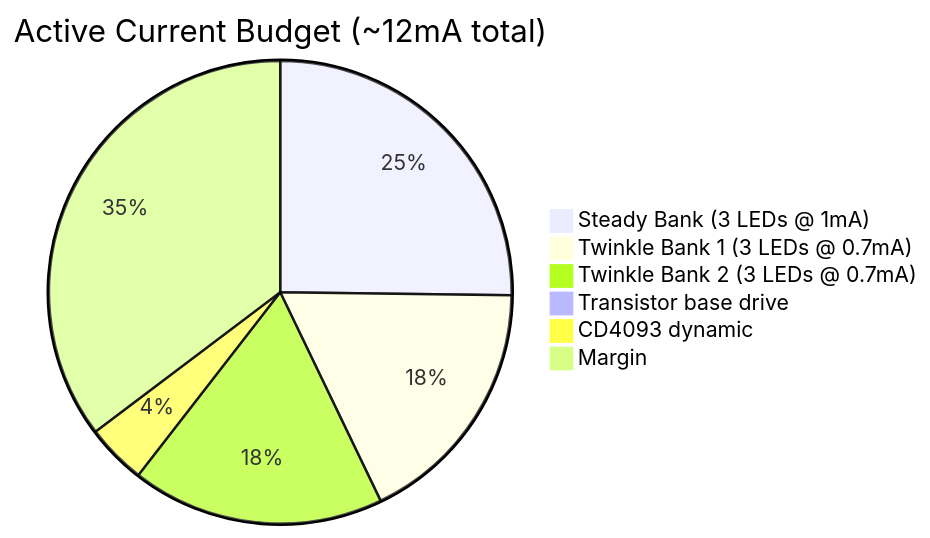
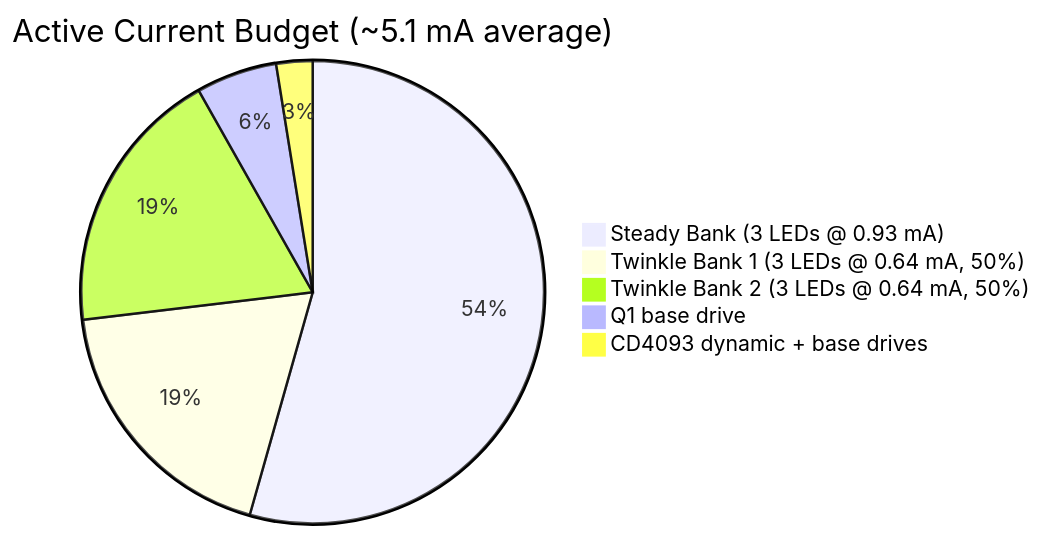
The diagram in Corrected/circuit-evaluation.md (dirq/DiamondMineShimmerCircuit), drawn with Mermaid before and after one commit. The commit also changed other lines of this file and 22 other files, not shown here.

````diff
--- a/Corrected/circuit-evaluation.md
+++ b/Corrected/circuit-evaluation.md
@@ -110,9 +47,8 @@
 ```mermaid
-pie title Active Current Budget (~12mA total)
-    "Steady Bank (3 LEDs @ 1mA)" : 3
-    "Twinkle Bank 1 (3 LEDs @ 0.7mA)" : 2.1
-    "Twinkle Bank 2 (3 LEDs @ 0.7mA)" : 2.1
-    "Transistor base drive" : 0.1
-    "CD4093 dynamic" : 0.5
-    "Margin" : 4.2
+pie title Active Current Budget (~5.1 mA average)
+    "Steady Bank (3 LEDs @ 0.93 mA)" : 2.79
+    "Twinkle Bank 1 (3 LEDs @ 0.64 mA, 50%)" : 0.96
+    "Twinkle Bank 2 (3 LEDs @ 0.64 mA, 50%)" : 0.96
+    "Q1 base drive" : 0.29
+    "CD4093 dynamic + base drives" : 0.13
 ```
````
